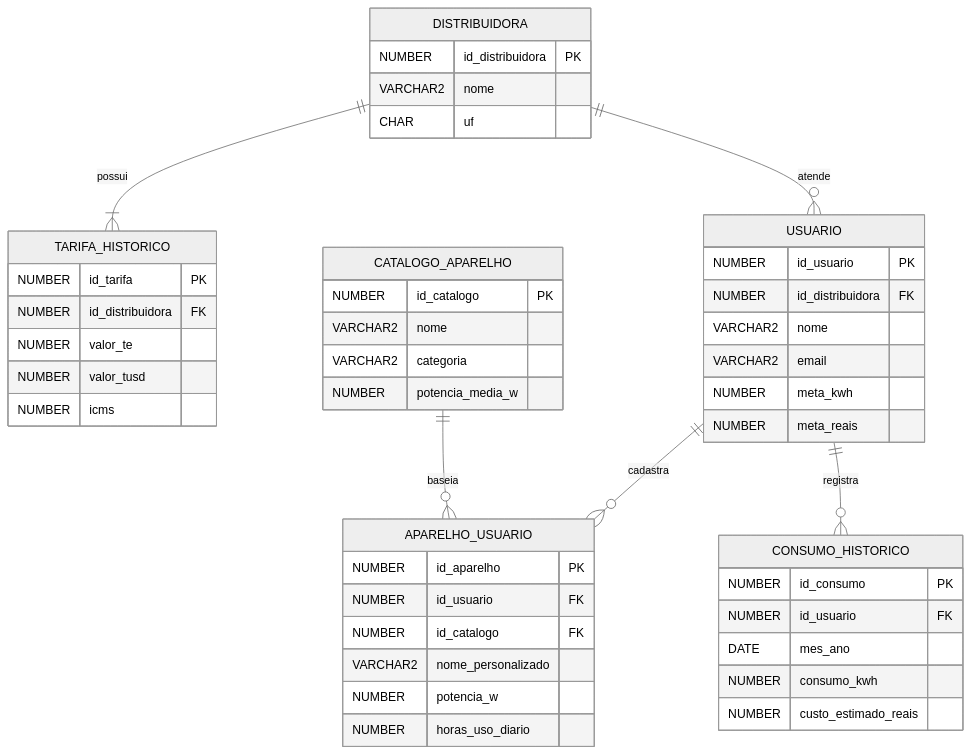
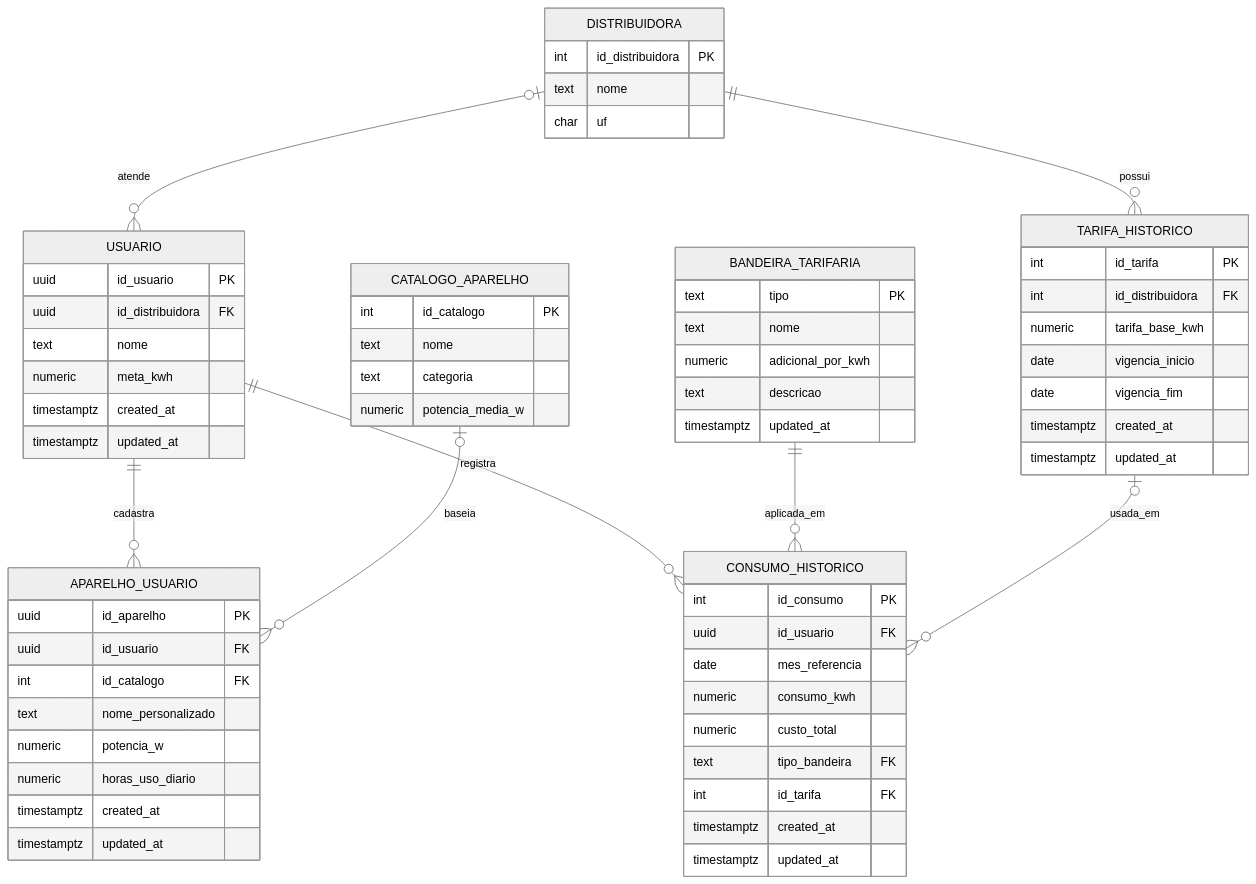
The second of 2 diagrams in README.md (Wadriancodes/EnergiaInteligente), drawn with Mermaid (neutral theme) before and after one commit. The commit also changed other lines of this file and 1 other file, not shown here.

````diff
--- a/README.md
+++ b/README.md
@@ -55,50 +57,67 @@
 ```mermaid
 erDiagram
-    DISTRIBUIDORA ||--|{ TARIFA_HISTORICO : possui
-    DISTRIBUIDORA ||--o{ USUARIO : atende
+    DISTRIBUIDORA |o--o{ USUARIO : atende
+    DISTRIBUIDORA ||--o{ TARIFA_HISTORICO : possui
     USUARIO ||--o{ APARELHO_USUARIO : cadastra
     USUARIO ||--o{ CONSUMO_HISTORICO : registra
-    CATALOGO_APARELHO ||--o{ APARELHO_USUARIO : baseia
+    CATALOGO_APARELHO |o--o{ APARELHO_USUARIO : baseia
+    BANDEIRA_TARIFARIA ||--o{ CONSUMO_HISTORICO : aplicada_em
+    TARIFA_HISTORICO |o--o{ CONSUMO_HISTORICO : usada_em
 
     DISTRIBUIDORA {
-        NUMBER id_distribuidora PK
-        VARCHAR2 nome
-        CHAR uf
+        int id_distribuidora PK
+        text nome
+        char uf
+    }
+    CATALOGO_APARELHO {
+        int id_catalogo PK
+        text nome
+        text categoria
+        numeric potencia_media_w
+    }
+    BANDEIRA_TARIFARIA {
+        text tipo PK
+        text nome
+        numeric adicional_por_kwh
+        text descricao
+        timestamptz updated_at
+    }
+    USUARIO {
+        uuid id_usuario PK
+        uuid id_distribuidora FK
+        text nome
+        numeric meta_kwh
+        timestamptz created_at
+        timestamptz updated_at
     }
     TARIFA_HISTORICO {
-        NUMBER id_tarifa PK
-        NUMBER id_distribuidora FK
-        NUMBER valor_te
-        NUMBER valor_tusd
-        NUMBER icms
-    }
-    USUARIO {
-        NUMBER id_usuario PK
-        NUMBER id_distribuidora FK
-        VARCHAR2 nome
-        VARCHAR2 email
-        NUMBER meta_kwh
-        NUMBER meta_reais
-    }
-    CATALOGO_APARELHO {
-        NUMBER id_catalogo PK
-        VARCHAR2 nome
-        VARCHAR2 categoria
-        NUMBER potencia_media_w
+        int id_tarifa PK
+        int id_distribuidora FK
+        numeric tarifa_base_kwh
+        date vigencia_inicio
+        date vigencia_fim
+        timestamptz created_at
+        timestamptz updated_at
     }
     APARELHO_USUARIO {
-        NUMBER id_aparelho PK
-        NUMBER id_usuario FK
-        NUMBER id_catalogo FK
-        VARCHAR2 nome_personalizado
-        NUMBER potencia_w
-        NUMBER horas_uso_diario
+        uuid id_aparelho PK
+        uuid id_usuario FK
+        int id_catalogo FK
+        text nome_personalizado
+        numeric potencia_w
+        numeric horas_uso_diario
+        timestamptz created_at
+        timestamptz updated_at
     }
     CONSUMO_HISTORICO {
-        NUMBER id_consumo PK
-        NUMBER id_usuario FK
-        DATE mes_ano
-        NUMBER consumo_kwh
-        NUMBER custo_estimado_reais
+        int id_consumo PK
+        uuid id_usuario FK
+        date mes_referencia
+        numeric consumo_kwh
+        numeric custo_total
+        text tipo_bandeira FK
+        int id_tarifa FK
+        timestamptz created_at
+        timestamptz updated_at
     }
 ```
````
